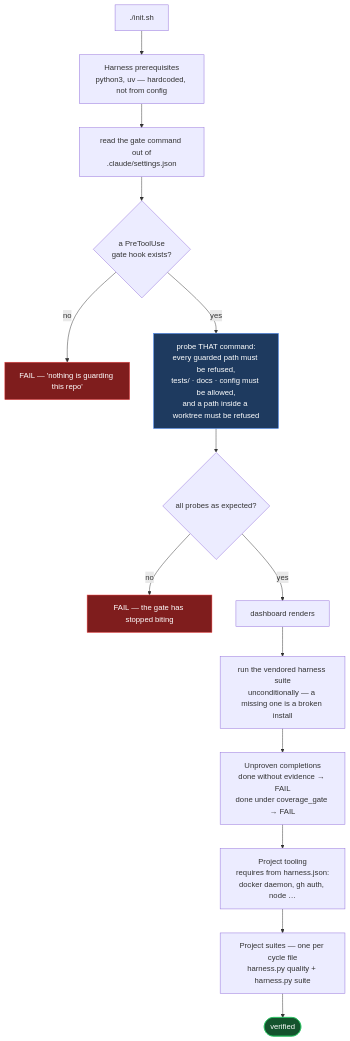
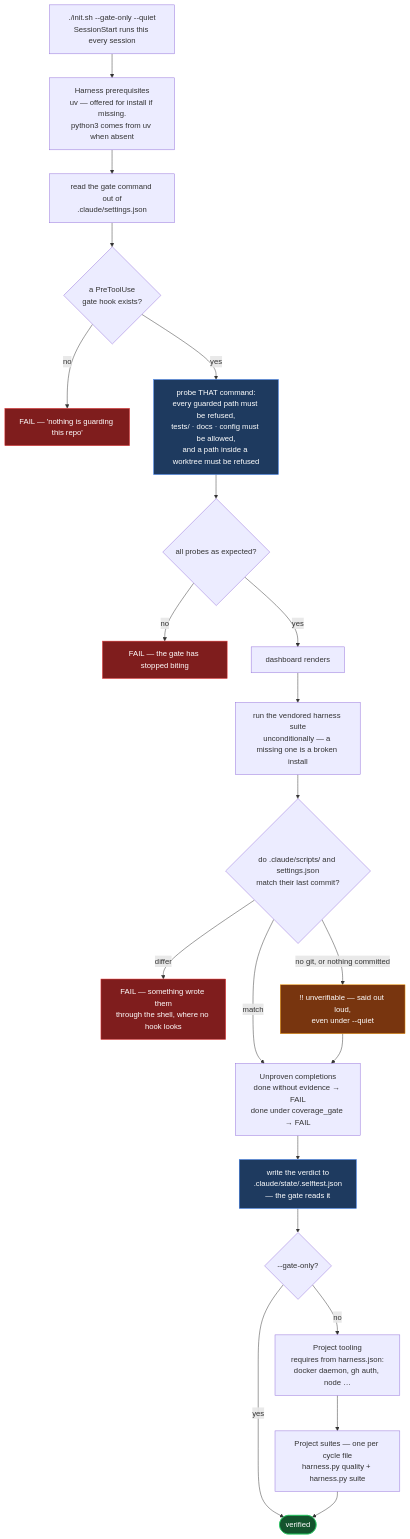
The fifth of 7 diagrams in docs/FLOW.md (tonsai987654321/claude-tdd-harness), drawn with Mermaid before and after one commit. The commit also changed other lines of this file, not shown here.

First line of the commit message:
docs: redraw for 0.7.0, and add the diagram that says which checks are only evidence

````diff
--- a/docs/FLOW.md
+++ b/docs/FLOW.md
@@ -188,21 +198,31 @@
 ```mermaid
 flowchart TD
-    A["./init.sh"] --> B["Harness prerequisites<br/>python3, uv — hardcoded, not from config"]
+    A["./init.sh --gate-only --quiet<br/>SessionStart runs this every session"] --> B["Harness prerequisites<br/>uv — offered for install if missing.<br/>python3 comes from uv when absent"]
     B --> C["read the gate command out of<br/>.claude/settings.json"]
     C --> C1{"a PreToolUse<br/>gate hook exists?"}
     C1 -- no --> F1["FAIL — 'nothing is guarding this repo'"]
     C1 -- yes --> D["probe THAT command:<br/>every guarded path must be refused,<br/>tests/ · docs · config must be allowed,<br/>and a path inside a worktree must be refused"]
     D --> D1{"all probes as expected?"}
     D1 -- no --> F2["FAIL — the gate has stopped biting"]
     D1 -- yes --> E["dashboard renders"]
     E --> G["run the vendored harness suite<br/>unconditionally — a missing one is a broken install"]
-    G --> H["Unproven completions<br/>done without evidence → FAIL<br/>done under coverage_gate → FAIL"]
-    H --> I["Project tooling<br/>requires from harness.json:<br/>docker daemon, gh auth, node …"]
+    G --> M{"do .claude/scripts/ and settings.json<br/>match their last commit?"}
+    M -- differ --> F3["FAIL — something wrote them<br/>through the shell, where no hook looks"]
+    M -- "no git, or nothing committed" --> W["!! unverifiable — said out loud,<br/>even under --quiet"]
+    M -- match --> H
+    W --> H
+    H["Unproven completions<br/>done without evidence → FAIL<br/>done under coverage_gate → FAIL"] --> GV["write the verdict to<br/>.claude/state/.selftest.json<br/>— the gate reads it"]
+    GV --> GO{"--gate-only?"}
+    GO -- yes --> K
+    GO -- no --> I["Project tooling<br/>requires from harness.json:<br/>docker daemon, gh auth, node …"]
     I --> J["Project suites — one per cycle file<br/>harness.py quality + harness.py suite"]
     J --> K(["verified"])
 
     style F1 fill:#7f1d1d,stroke:#ef4444,color:#fff
     style F2 fill:#7f1d1d,stroke:#ef4444,color:#fff
+    style F3 fill:#7f1d1d,stroke:#ef4444,color:#fff
+    style W fill:#78350f,stroke:#f59e0b,color:#fff
     style D fill:#1e3a5f,stroke:#3b82f6,color:#fff
+    style GV fill:#1e3a5f,stroke:#3b82f6,color:#fff
     style K fill:#14532d,stroke:#22c55e,color:#fff
 ```
````
